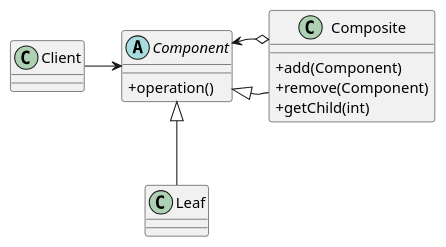
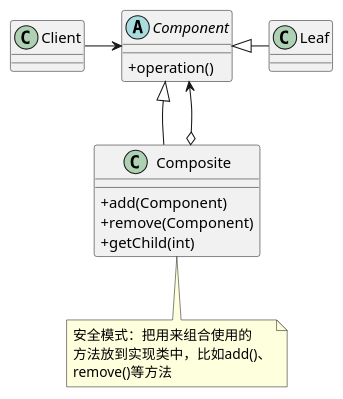
One commit to gorden5566/demo changed the diagram in src/main/java/com/gorden5566/learn/pattern/manual/composite/composite.puml. Above: the diagram before and after it, drawn with PlantUML. The commit also changed 1 other file, not shown here.

Commit message:
composite类图

```diff
--- a/src/main/java/com/gorden5566/learn/pattern/manual/composite/composite.puml
+++ b/src/main/java/com/gorden5566/learn/pattern/manual/composite/composite.puml
@@ -1,21 +1,27 @@
 @startuml
 skinparam classAttributeIconSize 0
 
 class Client
 abstract class Component {
     +operation()
 }
 class Composite {
     +add(Component)
     +remove(Component)
     +getChild(int)
 }
 class Leaf
 
 Client -right-> Component
 
-Leaf -up-|> Component
-Composite -left-|> Component
-Composite o-left-> Component
+Leaf -left-|> Component
+Composite -up-|> Component
+Composite o-up-> Component
+
+note bottom of Composite
+安全模式：把用来组合使用的
+方法放到实现类中，比如add()、
+remove()等方法
+end note
 
 @enduml
```
